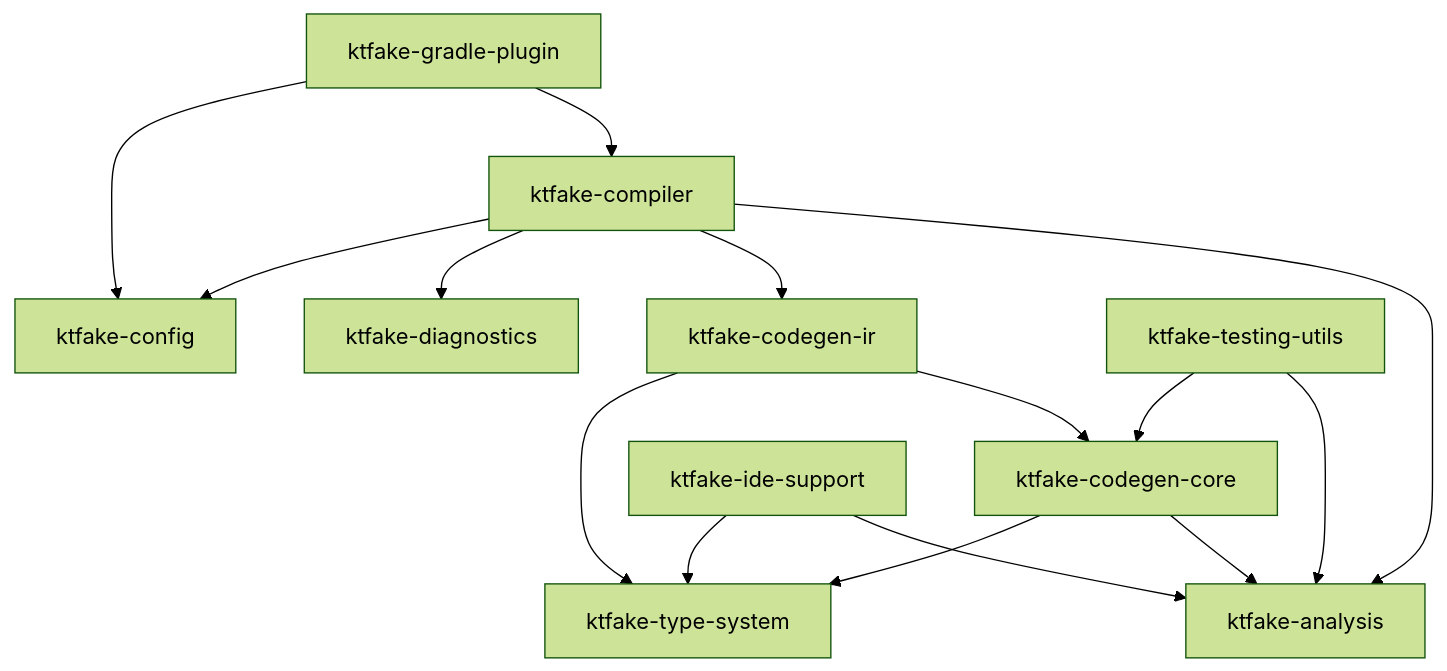
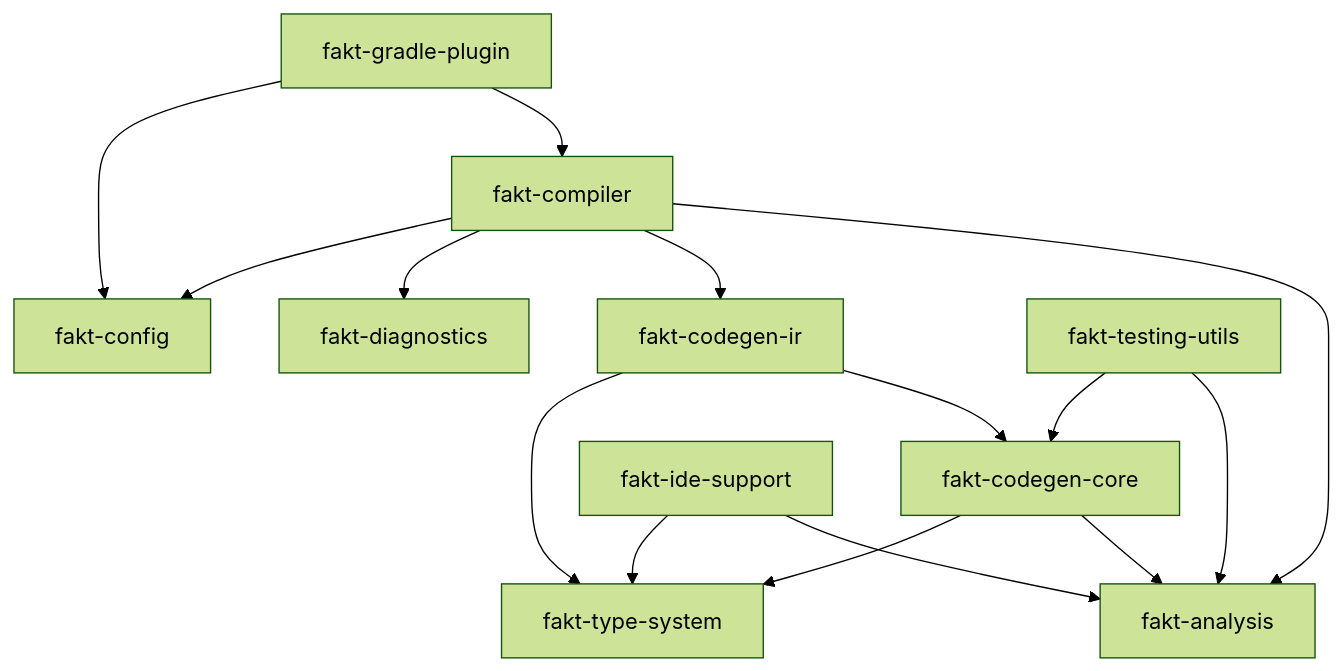
The diagram in docs/IR_NATIVE_DEMO.md (rsicarelli/fakt), drawn with Mermaid (forest theme) before and after one commit. The commit also changed other lines of this file and 101 other files, not shown here.

````diff
--- a/docs/IR_NATIVE_DEMO.md
+++ b/docs/IR_NATIVE_DEMO.md
@@ -1191,22 +1191,22 @@
 ```mermaid
 graph TD
-    A[ktfake-compiler] --> B[ktfake-analysis]
-    A --> C[ktfake-codegen-ir]
-    A --> D[ktfake-diagnostics]
-    A --> E[ktfake-config]
+    A[fakt-compiler] --> B[fakt-analysis]
+    A --> C[fakt-codegen-ir]
+    A --> D[fakt-diagnostics]
+    A --> E[fakt-config]
     
-    C --> F[ktfake-codegen-core]
-    C --> G[ktfake-type-system]
+    C --> F[fakt-codegen-core]
+    C --> G[fakt-type-system]
     
     F --> B
     F --> G
     
-    H[ktfake-gradle-plugin] --> A
+    H[fakt-gradle-plugin] --> A
     H --> E
     
-    I[ktfake-testing-utils] --> B
+    I[fakt-testing-utils] --> B
     I --> F
     
-    J[ktfake-ide-support] --> B
+    J[fakt-ide-support] --> B
     J --> G
 ```
````
